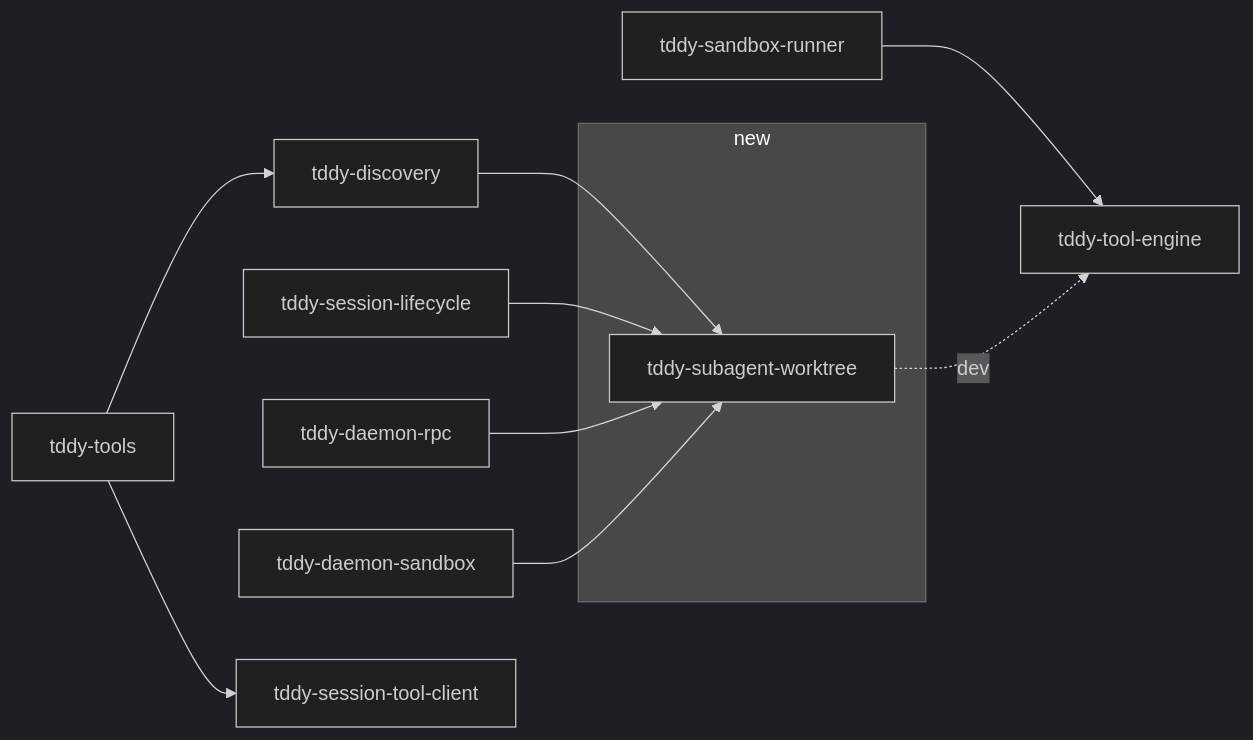
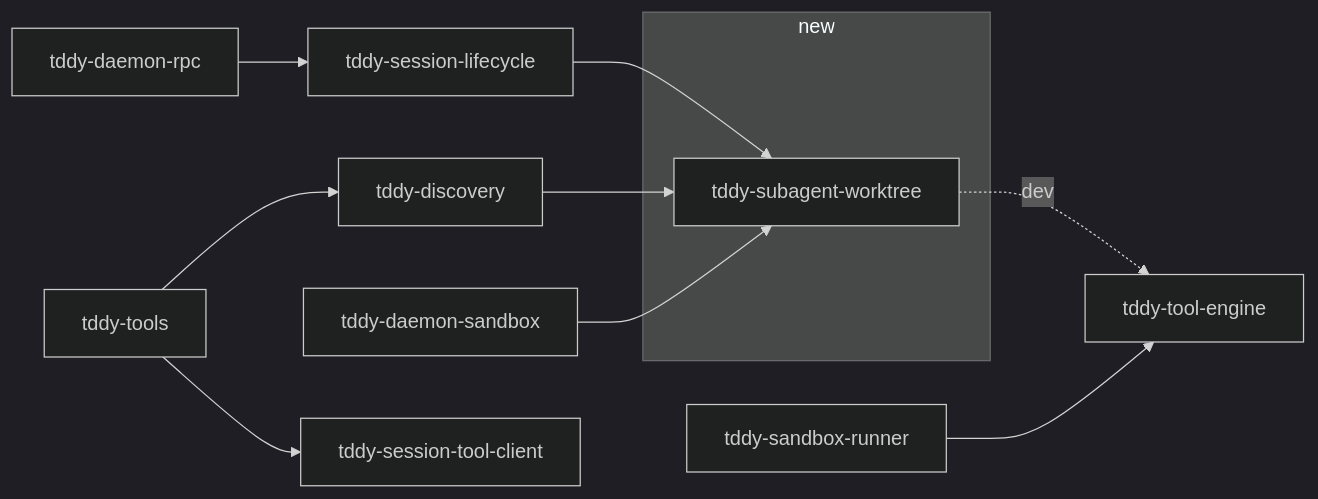
The diagram in docs/dev/1-WIP/2026-09-30-agent-worktree-isolated-edits.md (uppin/tddy-coder), drawn with Mermaid (dark theme) before and after one commit. The commit also changed other lines of this file and 33 other files, not shown here.

````diff
--- a/docs/dev/1-WIP/2026-09-30-agent-worktree-isolated-edits.md
+++ b/docs/dev/1-WIP/2026-09-30-agent-worktree-isolated-edits.md
@@ -91,14 +91,14 @@
 ```mermaid
 graph LR
   subgraph new
     SW[tddy-subagent-worktree]
   end
   DISC[tddy-discovery] --> SW
   LIFE[tddy-session-lifecycle] --> SW
-  RPC[tddy-daemon-rpc] --> SW
+  RPC[tddy-daemon-rpc] --> LIFE
   SBX[tddy-daemon-sandbox] --> SW
   TOOLS[tddy-tools] --> DISC
   TOOLS --> STC[tddy-session-tool-client]
   RUN[tddy-sandbox-runner] --> ENG[tddy-tool-engine]
   SW -. dev .-> ENG
 ```
````
